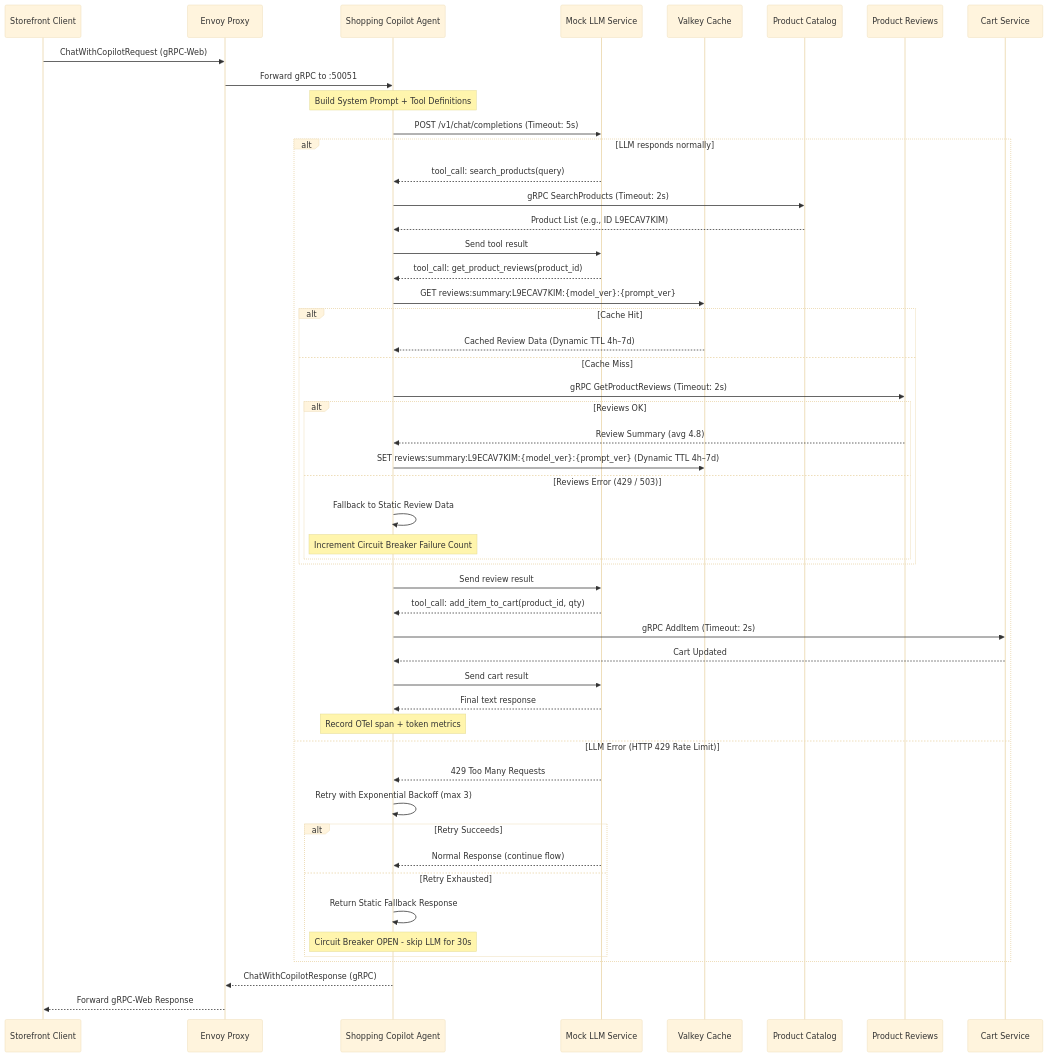
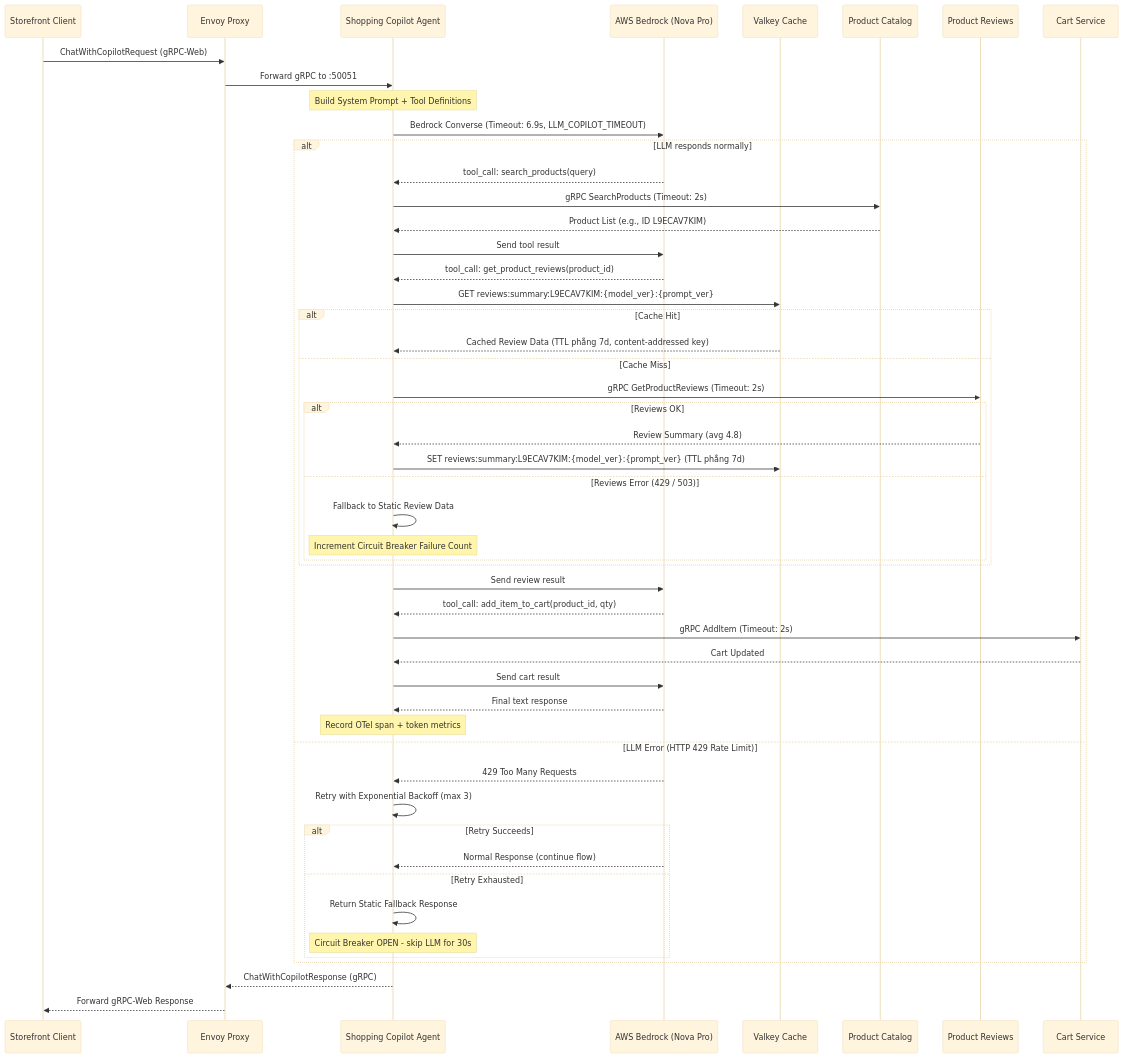
Before and after one commit to nguyenductien-qnm/capstone-phase-3: the diagram in docs/ai/03_specs/shopping_copilot.md, drawn with Mermaid (base theme). The commit also changed other lines of this file and 30 other files, not shown here.

````diff
--- a/docs/ai/03_specs/shopping_copilot.md
+++ b/docs/ai/03_specs/shopping_copilot.md
@@ -17,59 +17,59 @@
 ```mermaid
 sequenceDiagram
     participant Client as Storefront Client
     participant Envoy as Envoy Proxy
     participant Copilot as Shopping Copilot Agent
-    participant LLM as Mock LLM Service
+    participant LLM as AWS Bedrock (Nova Pro)
     participant Cache as Valkey Cache
     participant Catalog as Product Catalog
     participant Reviews as Product Reviews
     participant Cart as Cart Service
 
     Client->>Envoy: ChatWithCopilotRequest (gRPC-Web)
     Envoy->>Copilot: Forward gRPC to :50051
     Note over Copilot: Build System Prompt + Tool Definitions
 
-    Copilot->>LLM: POST /v1/chat/completions (Timeout: 5s)
+    Copilot->>LLM: Bedrock Converse (Timeout: 6.9s, LLM_COPILOT_TIMEOUT)
     alt LLM responds normally
         LLM-->>Copilot: tool_call: search_products(query)
         Copilot->>Catalog: gRPC SearchProducts (Timeout: 2s)
         Catalog-->>Copilot: Product List (e.g., ID L9ECAV7KIM)
         Copilot->>LLM: Send tool result
         LLM-->>Copilot: tool_call: get_product_reviews(product_id)
 
         Copilot->>Cache: GET reviews:summary:L9ECAV7KIM:{model_ver}:{prompt_ver}
         alt Cache Hit
-            Cache-->>Copilot: Cached Review Data (Dynamic TTL 4h–7d)
+            Cache-->>Copilot: Cached Review Data (TTL phẳng 7d, content-addressed key)
         else Cache Miss
             Copilot->>Reviews: gRPC GetProductReviews (Timeout: 2s)
             alt Reviews OK
                 Reviews-->>Copilot: Review Summary (avg 4.8)
-                Copilot->>Cache: SET reviews:summary:L9ECAV7KIM:{model_ver}:{prompt_ver} (Dynamic TTL 4h–7d)
+                Copilot->>Cache: SET reviews:summary:L9ECAV7KIM:{model_ver}:{prompt_ver} (TTL phẳng 7d)
             else Reviews Error (429 / 503)
                 Copilot->>Copilot: Fallback to Static Review Data
                 Note over Copilot: Increment Circuit Breaker Failure Count
             end
         end
 
         Copilot->>LLM: Send review result
         LLM-->>Copilot: tool_call: add_item_to_cart(product_id, qty)
         Copilot->>Cart: gRPC AddItem (Timeout: 2s)
         Cart-->>Copilot: Cart Updated
         Copilot->>LLM: Send cart result
         LLM-->>Copilot: Final text response
         Note over Copilot: Record OTel span + token metrics
 
     else LLM Error (HTTP 429 Rate Limit)
         LLM-->>Copilot: 429 Too Many Requests
         Copilot->>Copilot: Retry with Exponential Backoff (max 3)
         alt Retry Succeeds
             LLM-->>Copilot: Normal Response (continue flow)
         else Retry Exhausted
             Copilot->>Copilot: Return Static Fallback Response
             Note over Copilot: Circuit Breaker OPEN - skip LLM for 30s
         end
     end
 
     Copilot-->>Envoy: ChatWithCopilotResponse (gRPC)
     Envoy-->>Client: Forward gRPC-Web Response
 ```
````
